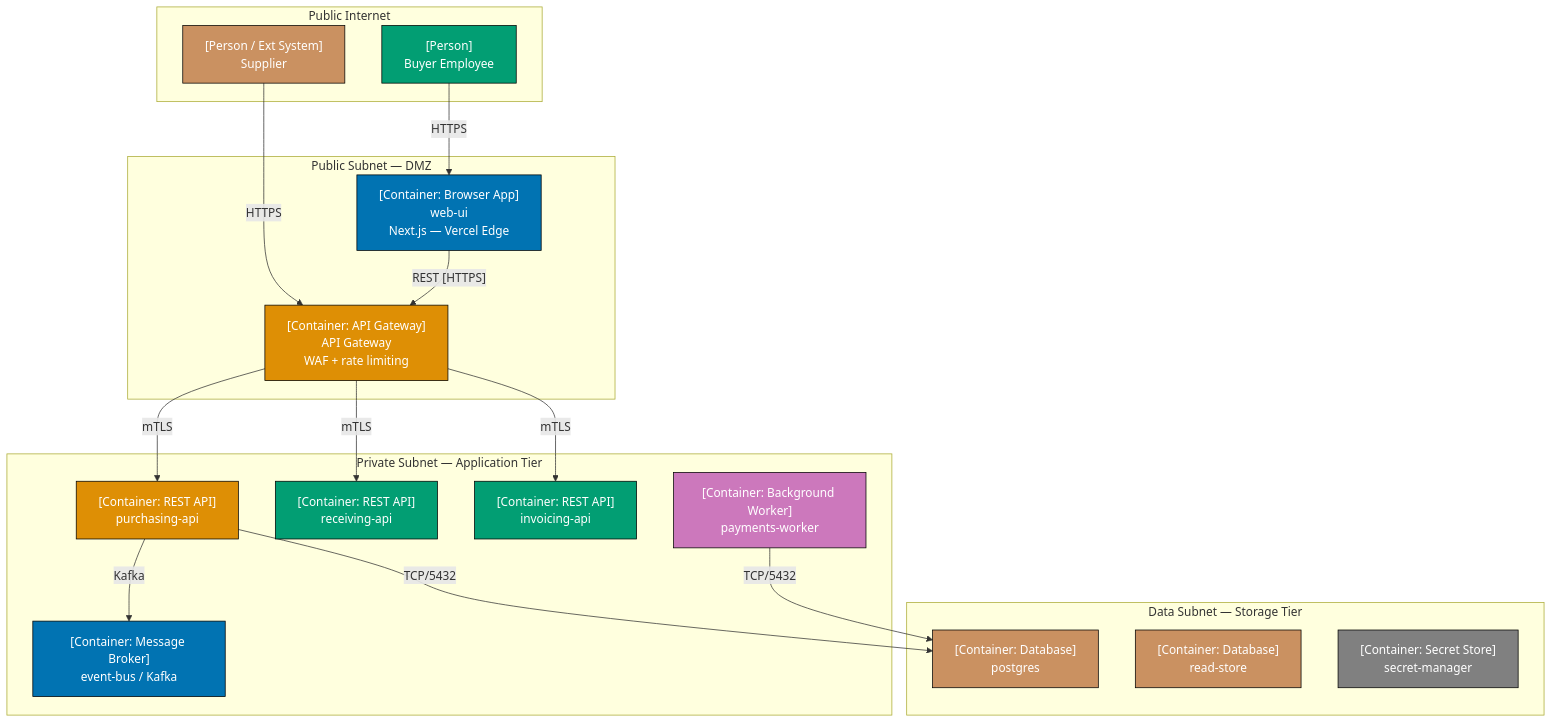
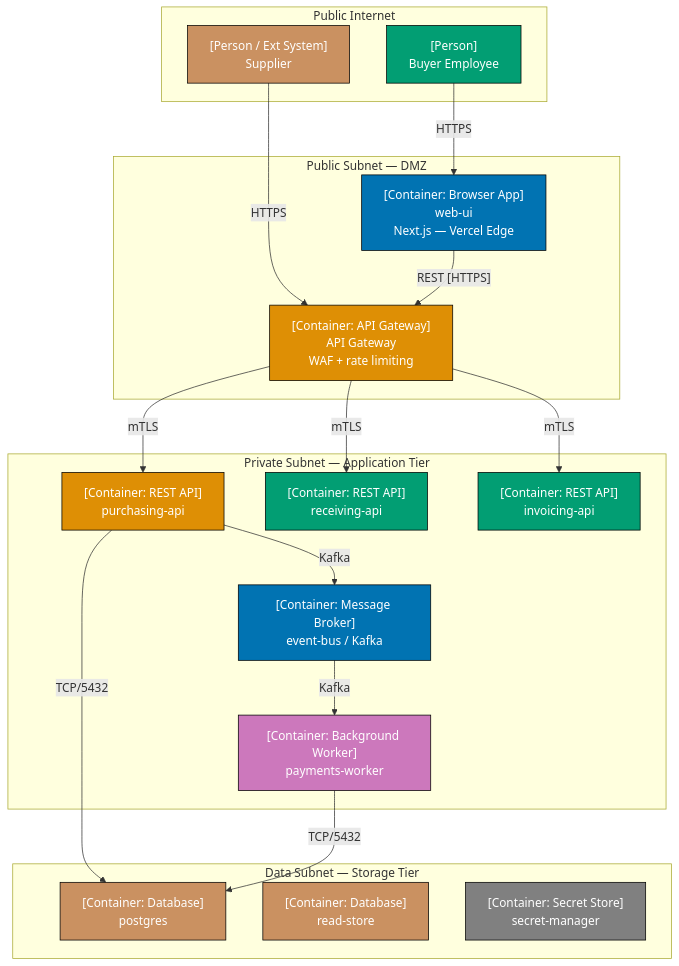
Before and after one commit to wahidyankf/baseerah: diagram 12 of 30 in apps/ayokoding-www/content/en/learn/software-engineering/software-architecture/c4-model/by-example/intermediate.md, drawn with Mermaid. The commit also changed 88 other files, not shown here.

First line of the commit message:
fix(ayokoding-www): resolve pre-existing Mermaid violations, exclude fixtures/plans-done

````diff
--- a/apps/ayokoding-www/content/en/learn/software-engineering/software-architecture/c4-model/by-example/intermediate.md
+++ b/apps/ayokoding-www/content/en/learn/software-engineering/software-architecture/c4-model/by-example/intermediate.md
@@ -462,49 +462,50 @@
 ```mermaid
 graph TD
     subgraph PublicInternet["Public Internet"]
         Buyer["[Person]<br/>Buyer Employee"]
         Supplier["[Person / Ext System]<br/>Supplier"]
     end
 
     subgraph PublicSubnet["Public Subnet — DMZ"]
         WebUI["[Container: Browser App]<br/>web-ui<br/>Next.js — Vercel Edge"]
         APIGW["[Container: API Gateway]<br/>API Gateway<br/>WAF + rate limiting"]
     end
 
     subgraph PrivateSubnet["Private Subnet — Application Tier"]
         PurchAPI["[Container: REST API]<br/>purchasing-api"]
         RecvAPI["[Container: REST API]<br/>receiving-api"]
         InvAPI["[Container: REST API]<br/>invoicing-api"]
         PayWorker["[Container: Background Worker]<br/>payments-worker"]
         EventBus["[Container: Message Broker]<br/>event-bus / Kafka"]
     end
 
     subgraph DataSubnet["Data Subnet — Storage Tier"]
         PG["[Container: Database]<br/>postgres"]
         ReadStore["[Container: Database]<br/>read-store"]
         SecretMgr["[Container: Secret Store]<br/>secret-manager"]
     end
 
     Buyer -->|"HTTPS"| WebUI
     Supplier -->|"HTTPS"| APIGW
     WebUI -->|"REST [HTTPS]"| APIGW
     APIGW -->|"mTLS"| PurchAPI
     APIGW -->|"mTLS"| RecvAPI
     APIGW -->|"mTLS"| InvAPI
     PurchAPI -->|"TCP/5432"| PG
     PurchAPI -->|"Kafka"| EventBus
+    EventBus -->|"Kafka"| PayWorker
     PayWorker -->|"TCP/5432"| PG
 
     style Buyer fill:#029E73,stroke:#000,color:#fff
     style Supplier fill:#CA9161,stroke:#000,color:#fff
     style WebUI fill:#0173B2,stroke:#000,color:#fff
     style APIGW fill:#DE8F05,stroke:#000,color:#fff
     style PurchAPI fill:#DE8F05,stroke:#000,color:#fff
     style RecvAPI fill:#029E73,stroke:#000,color:#fff
     style InvAPI fill:#029E73,stroke:#000,color:#fff
     style PayWorker fill:#CC78BC,stroke:#000,color:#fff
     style EventBus fill:#0173B2,stroke:#000,color:#fff
     style PG fill:#CA9161,stroke:#000,color:#fff
     style ReadStore fill:#CA9161,stroke:#000,color:#fff
     style SecretMgr fill:#808080,stroke:#000,color:#fff
 ```
````
